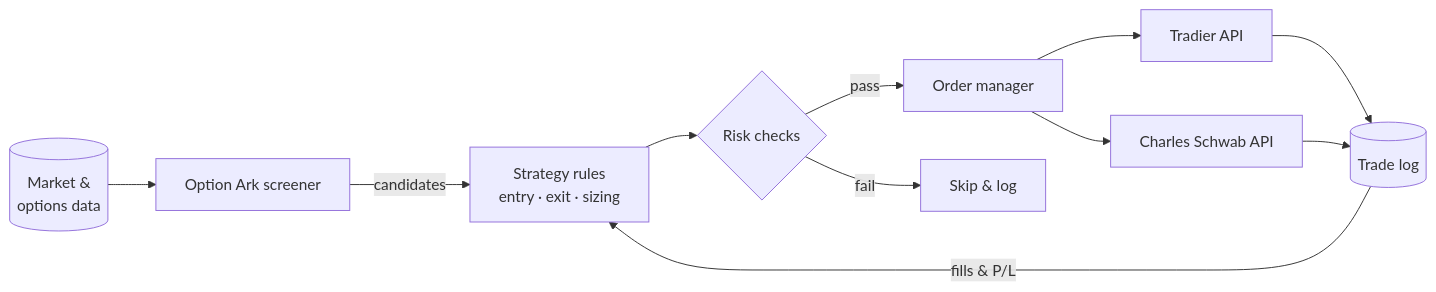
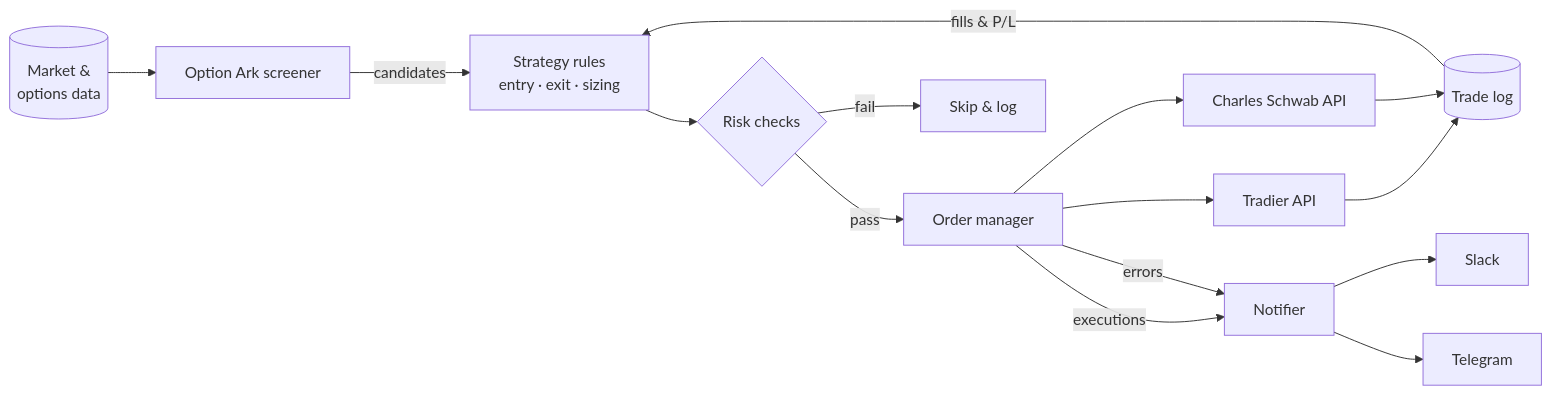
Before and after one commit to OA-JVKing/OA-JVKing: the sixth of 7 diagrams in README.md, drawn with Mermaid. The commit also changed other lines of this file, not shown here.

Commit message:
Show Slack and Telegram alerts for trading bots
Claude-Session: https://claude.ai/code/session_01D8EVssR9ZwGSRpuDnGX5eH

````diff
--- a/README.md
+++ b/README.md
@@ -142,13 +142,17 @@
 ```mermaid
 flowchart LR
     DATA[("Market &<br/>options data")] --> SCR["Option Ark screener"]
     SCR -- "candidates" --> STRAT["Strategy rules<br/>entry · exit · sizing"]
     STRAT --> RISK{"Risk checks"}
     RISK -- "pass" --> EXEC["Order manager"]
     RISK -- "fail" --> SKIP["Skip & log"]
     EXEC --> TRAD["Tradier API"]
     EXEC --> SCHW["Charles Schwab API"]
     TRAD --> LOG[("Trade log")]
     SCHW --> LOG
     LOG -- "fills & P/L" --> STRAT
+    EXEC -- "executions" --> NOTIFY["Notifier"]
+    EXEC -- "errors" --> NOTIFY
+    NOTIFY --> SLACK["Slack"]
+    NOTIFY --> TG["Telegram"]
 ```
````
